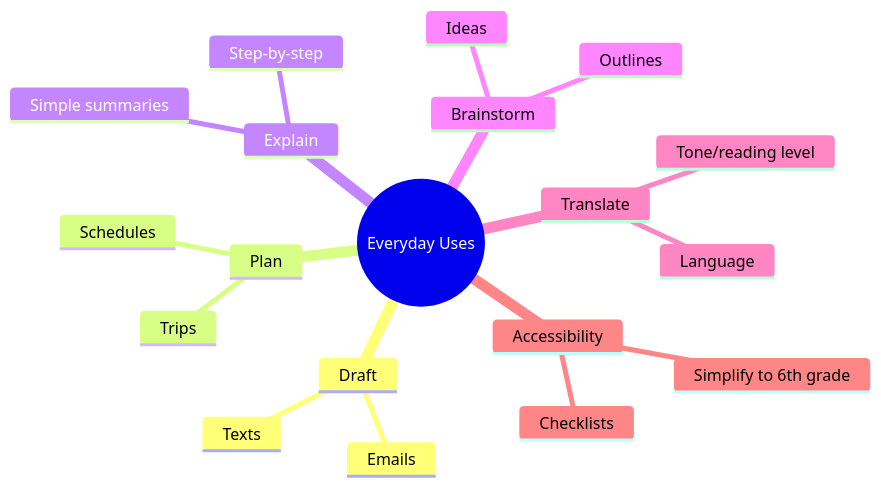
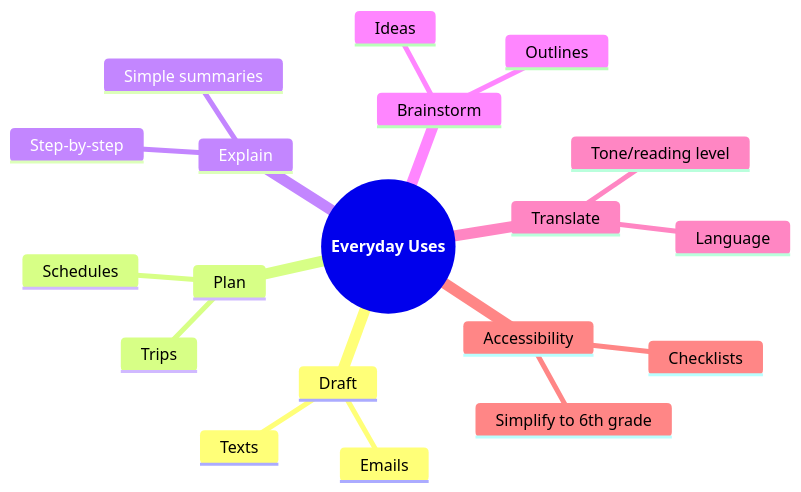
Before and after one commit to gtuck/ai-workshop: the third of 4 diagrams in slides.md, drawn with Mermaid. The commit also changed other lines of this file, not shown here.

Commit message:
Refactor slides for improved clarity and layout, including updates to color schema, agenda, and group activity sections.

````diff
--- a/slides.md
+++ b/slides.md
@@ -355,22 +341,22 @@
 ```mermaid
 mindmap
-  root((Everyday Uses))
+  root((**Everyday Uses**))
     Draft
       Emails
       Texts
     Plan
       Schedules
       Trips
     Explain
       Simple summaries
       Step-by-step
     Brainstorm
       Ideas
       Outlines
     Translate
       Language
       Tone/reading level
     Accessibility
       Simplify to 6th grade
       Checklists
 ```
````
